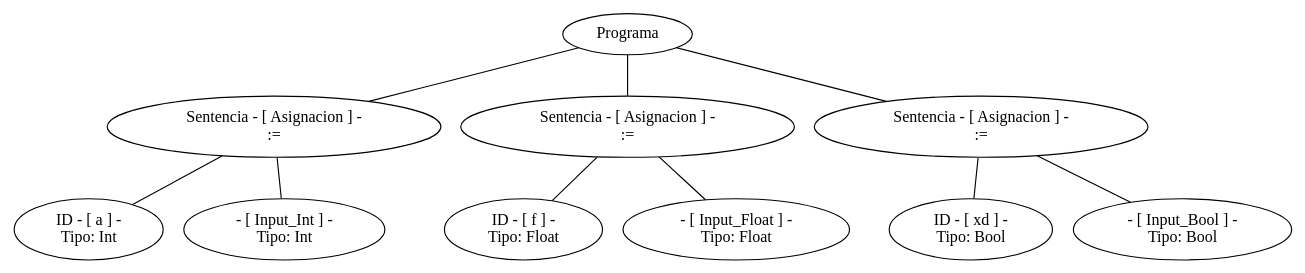
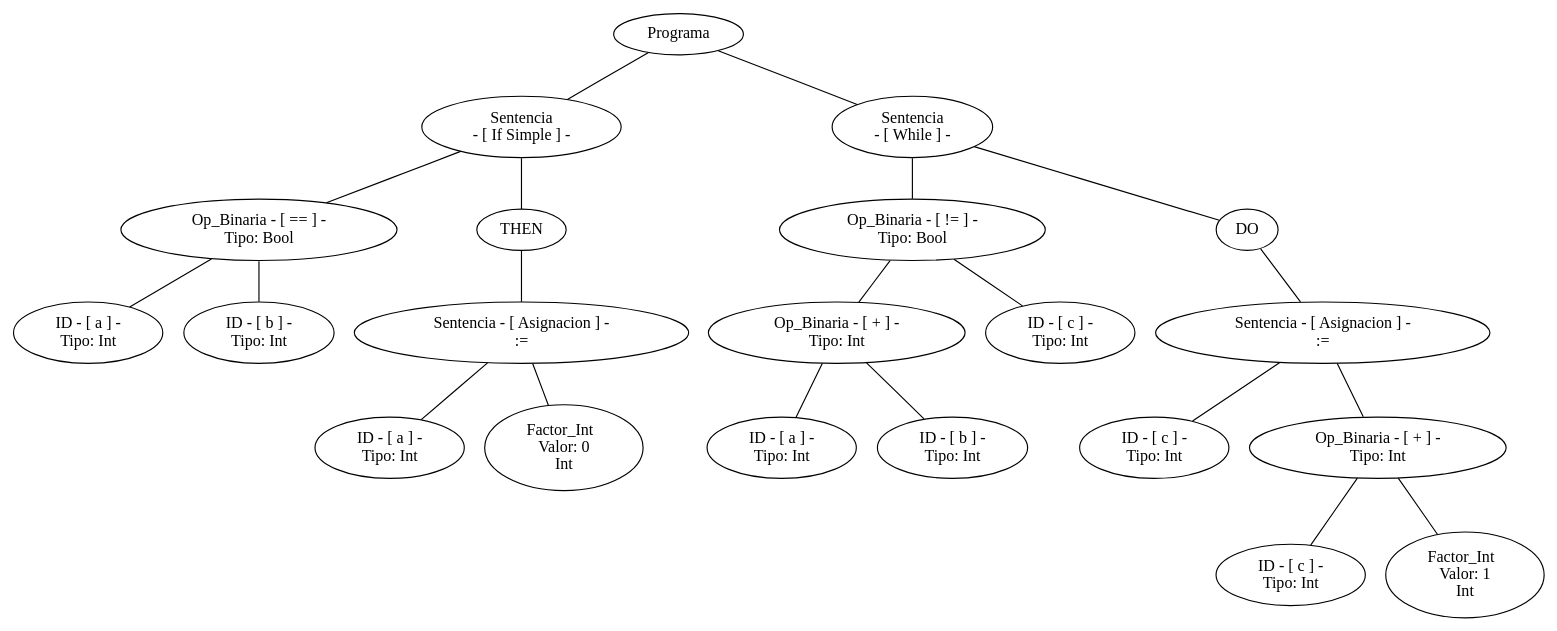
Before and after one commit to SantiPerez17/Compiladores: the diagram in arbol.dot, drawn with Graphviz. The commit also changed 14 other files, not shown here.

```diff
--- a/arbol.dot
+++ b/arbol.dot
@@ -1,29 +1,62 @@
 graph G {nodo_programa[label="Programa"]
-nodo_1156641835[label="Sentencia - [ Asignacion ] -
+nodo_1163468963[label="Sentencia
+ - [ If Simple ] -"]
+nodo_programa--nodo_1163468963
+nodo_1865948896[label=" Op_Binaria - [ == ] - 
+ Tipo: Bool"]
+nodo_1163468963--nodo_1865948896
+nodo_1506064222[label=" ID - [ a ] - 
+ Tipo: Int"]
+nodo_1865948896--nodo_1506064222
+nodo_2115670593[label=" ID - [ b ] - 
+ Tipo: Int"]
+nodo_1865948896--nodo_2115670593
+nodo_11634689631[label="THEN"]
+nodo_1163468963--nodo_11634689631
+nodo_321036101[label="Sentencia - [ Asignacion ] -
  :="]
-nodo_programa--nodo_1156641835
-nodo_895183079[label=" ID - [ a ] - 
+nodo_11634689631--nodo_321036101
+nodo_2080064714[label=" ID - [ a ] - 
  Tipo: Int"]
-nodo_1156641835--nodo_895183079
-nodo_1172452287[label="- [ Input_Int ] - 
+nodo_321036101--nodo_2080064714
+nodo_21605442[label="Factor_Int  
+ Valor: 0 
+Int"]
+nodo_321036101--nodo_21605442
+nodo_665335669[label="Sentencia
+ - [ While ] -"]
+nodo_programa--nodo_665335669
+nodo_254023212[label=" Op_Binaria - [ != ] - 
+ Tipo: Bool"]
+nodo_665335669--nodo_254023212
+nodo_1594045449[label=" Op_Binaria - [ + ] - 
  Tipo: Int"]
-nodo_1156641835--nodo_1172452287
-nodo_666536690[label="Sentencia - [ Asignacion ] -
+nodo_254023212--nodo_1594045449
+nodo_1116096506[label=" ID - [ a ] - 
+ Tipo: Int"]
+nodo_1594045449--nodo_1116096506
+nodo_904048263[label=" ID - [ b ] - 
+ Tipo: Int"]
+nodo_1594045449--nodo_904048263
+nodo_801771421[label=" ID - [ c ] - 
+ Tipo: Int"]
+nodo_254023212--nodo_801771421
+nodo_6653356691[label="DO"]
+nodo_665335669--nodo_6653356691
+nodo_1328434004[label="Sentencia - [ Asignacion ] -
  :="]
-nodo_programa--nodo_666536690
-nodo_880151237[label=" ID - [ f ] - 
- Tipo: Float"]
-nodo_666536690--nodo_880151237
-nodo_1832467683[label="- [ Input_Float ] - 
- Tipo: Float"]
-nodo_666536690--nodo_1832467683
-nodo_597093207[label="Sentencia - [ Asignacion ] -
- :="]
-nodo_programa--nodo_597093207
-nodo_1700537914[label=" ID - [ xd ] - 
- Tipo: Bool"]
-nodo_597093207--nodo_1700537914
-nodo_1351091886[label="- [ Input_Bool ] - 
- Tipo: Bool"]
-nodo_597093207--nodo_1351091886
+nodo_6653356691--nodo_1328434004
+nodo_1524143255[label=" ID - [ c ] - 
+ Tipo: Int"]
+nodo_1328434004--nodo_1524143255
+nodo_1620354076[label=" Op_Binaria - [ + ] - 
+ Tipo: Int"]
+nodo_1328434004--nodo_1620354076
+nodo_1886209714[label=" ID - [ c ] - 
+ Tipo: Int"]
+nodo_1620354076--nodo_1886209714
+nodo_906528714[label="Factor_Int  
+ Valor: 1 
+Int"]
+nodo_1620354076--nodo_906528714
 }
```
